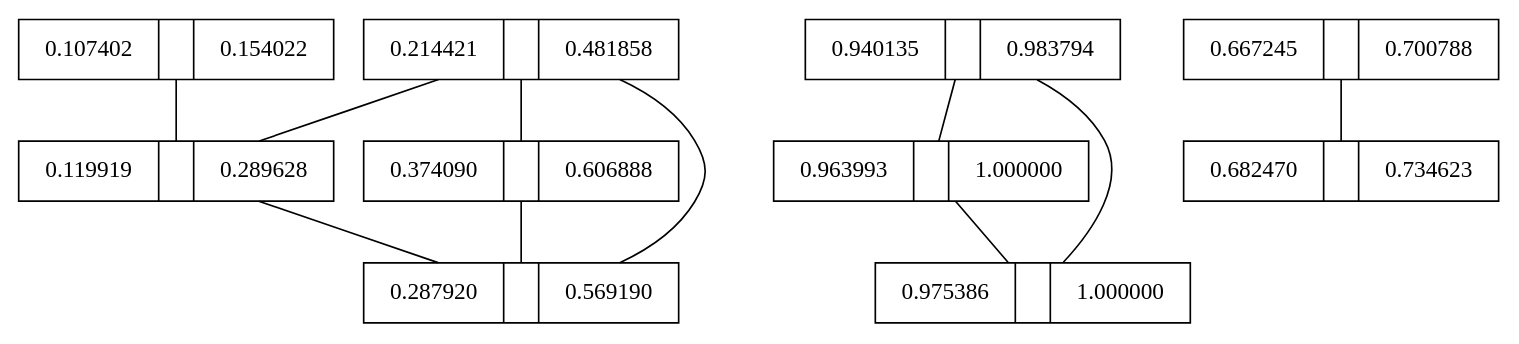
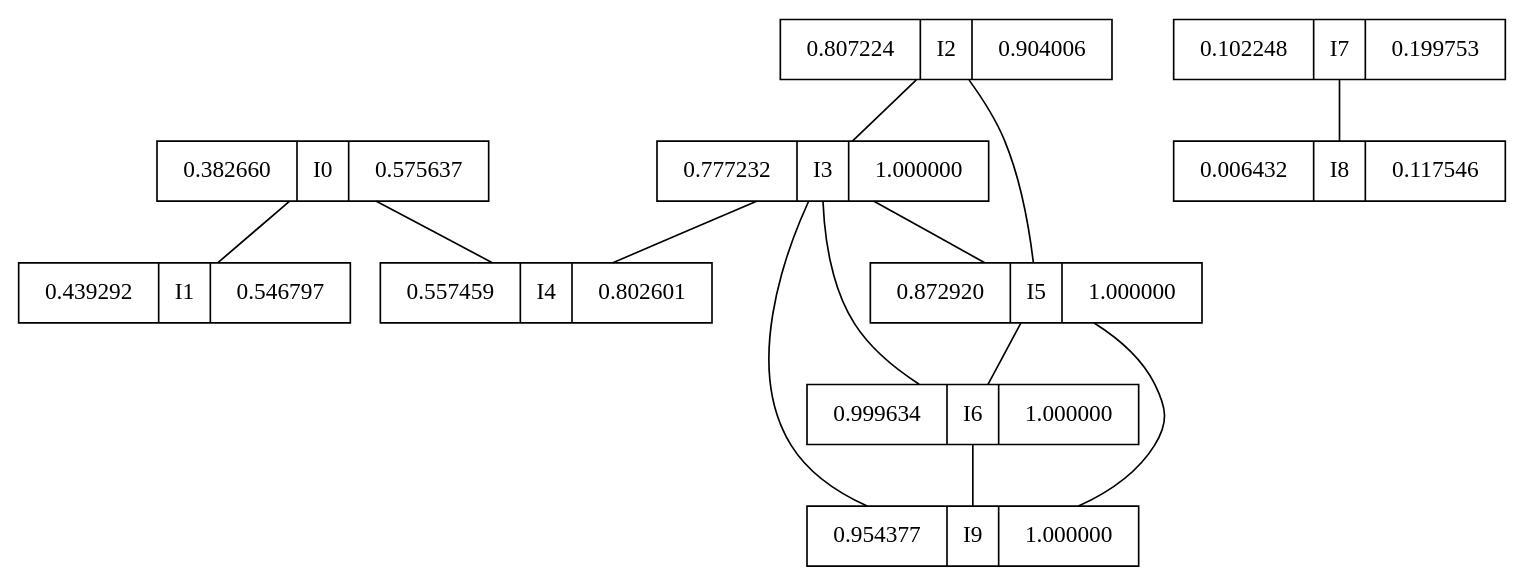
Before and after one commit to rajasekhar02/practiceCpp: the diagram in maximum_sets/example1.dot, drawn with Graphviz. The commit also changed 2 other files, not shown here.

```diff
--- a/maximum_sets/example1.dot
+++ b/maximum_sets/example1.dot
@@ -1,25 +1,28 @@
 graph IntervalGraph {
-struct0 [shape=record, label="0.107402||0.154022"]
-struct1 [shape=record, label="0.940135||0.983794"]
-struct2 [shape=record, label="0.963993||1.000000"]
-struct3 [shape=record, label="0.975386||1.000000"]
-struct4 [shape=record, label="0.667245||0.700788"]
-struct5 [shape=record, label="0.214421||0.481858"]
-struct6 [shape=record, label="0.374090||0.606888"]
-struct7 [shape=record, label="0.119919||0.289628"]
-struct8 [shape=record, label="0.287920||0.569190"]
-struct9 [shape=record, label="0.682470||0.734623"]
- struct0 -- struct7;
- struct1 -- struct2;
- struct1 -- struct3;
+struct0 [shape=record, label="0.382660|I0|0.575637"]
+struct1 [shape=record, label="0.439292|I1|0.546797"]
+struct2 [shape=record, label="0.807224|I2|0.904006"]
+struct3 [shape=record, label="0.777232|I3|1.000000"]
+struct4 [shape=record, label="0.557459|I4|0.802601"]
+struct5 [shape=record, label="0.872920|I5|1.000000"]
+struct6 [shape=record, label="0.999634|I6|1.000000"]
+struct7 [shape=record, label="0.102248|I7|0.199753"]
+struct8 [shape=record, label="0.006432|I8|0.117546"]
+struct9 [shape=record, label="0.954377|I9|1.000000"]
+ struct0 -- struct1;
+ struct0 -- struct4;
+ struct1;
  struct2 -- struct3;
- struct3;
- struct4 -- struct9;
+ struct2 -- struct5;
+ struct3 -- struct4;
+ struct3 -- struct5;
+ struct3 -- struct6;
+ struct3 -- struct9;
+ struct4;
  struct5 -- struct6;
- struct5 -- struct7;
- struct5 -- struct8;
- struct6 -- struct8;
+ struct5 -- struct9;
+ struct6 -- struct9;
  struct7 -- struct8;
  struct8;
  struct9;
 }
```
